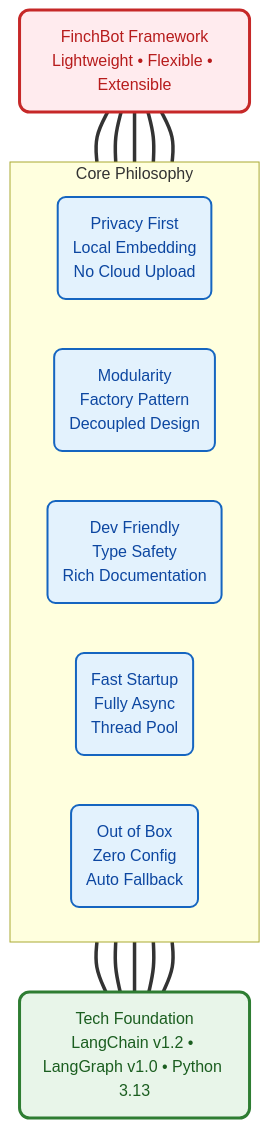
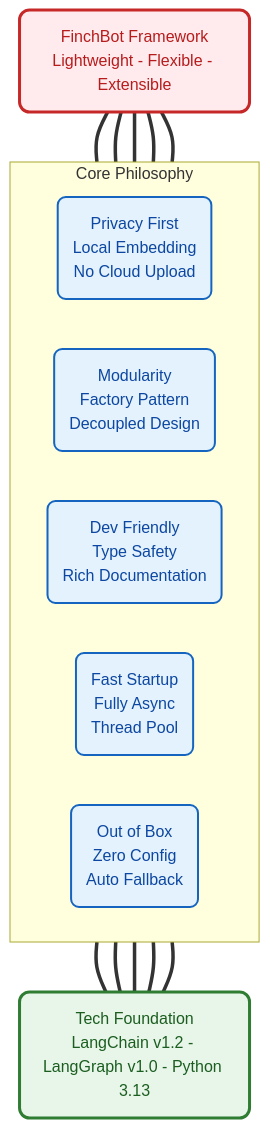
One commit to xt765/FinchBot changed the first of 7 diagrams in README.md. Above: the diagram before and after it, drawn with Mermaid. The commit also changed other lines of this file and 17 other files, not shown here.

````diff
--- a/README.md
+++ b/README.md
@@ -66,22 +66,22 @@
 ```mermaid
 graph BT
     classDef roof fill:#ffebee,stroke:#c62828,stroke-width:3px,color:#b71c1c,rx:10,ry:10;
     classDef pillar fill:#e3f2fd,stroke:#1565c0,stroke-width:2px,color:#0d47a1,rx:8,ry:8;
     classDef base fill:#e8f5e9,stroke:#2e7d32,stroke-width:3px,color:#1b5e20,rx:10,ry:10;
 
-    Roof("FinchBot Framework<br/>Lightweight • Flexible • Extensible"):::roof
+    Roof("FinchBot Framework<br/>Lightweight - Flexible - Extensible"):::roof
 
     subgraph Pillars [Core Philosophy]
         direction LR
         P("Privacy First<br/>Local Embedding<br/>No Cloud Upload"):::pillar
         M("Modularity<br/>Factory Pattern<br/>Decoupled Design"):::pillar
         D("Dev Friendly<br/>Type Safety<br/>Rich Documentation"):::pillar
         S("Fast Startup<br/>Fully Async<br/>Thread Pool"):::pillar
         O("Out of Box<br/>Zero Config<br/>Auto Fallback"):::pillar
     end
 
-    Base("Tech Foundation<br/>LangChain v1.2 • LangGraph v1.0 • Python 3.13"):::base
+    Base("Tech Foundation<br/>LangChain v1.2 - LangGraph v1.0 - Python 3.13"):::base
 
     Base === P & M & D & S & O
     P & M & D & S & O === Roof
 ```
````
